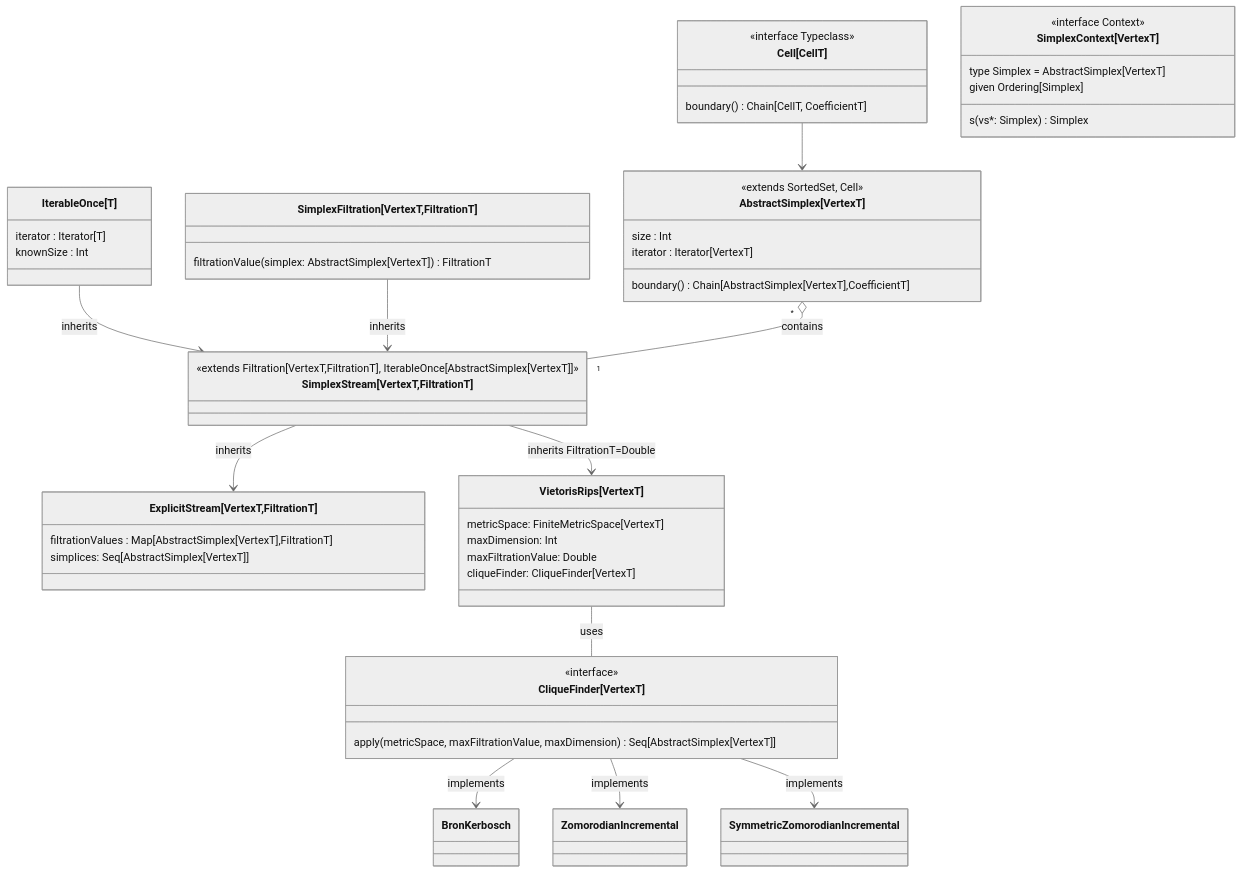
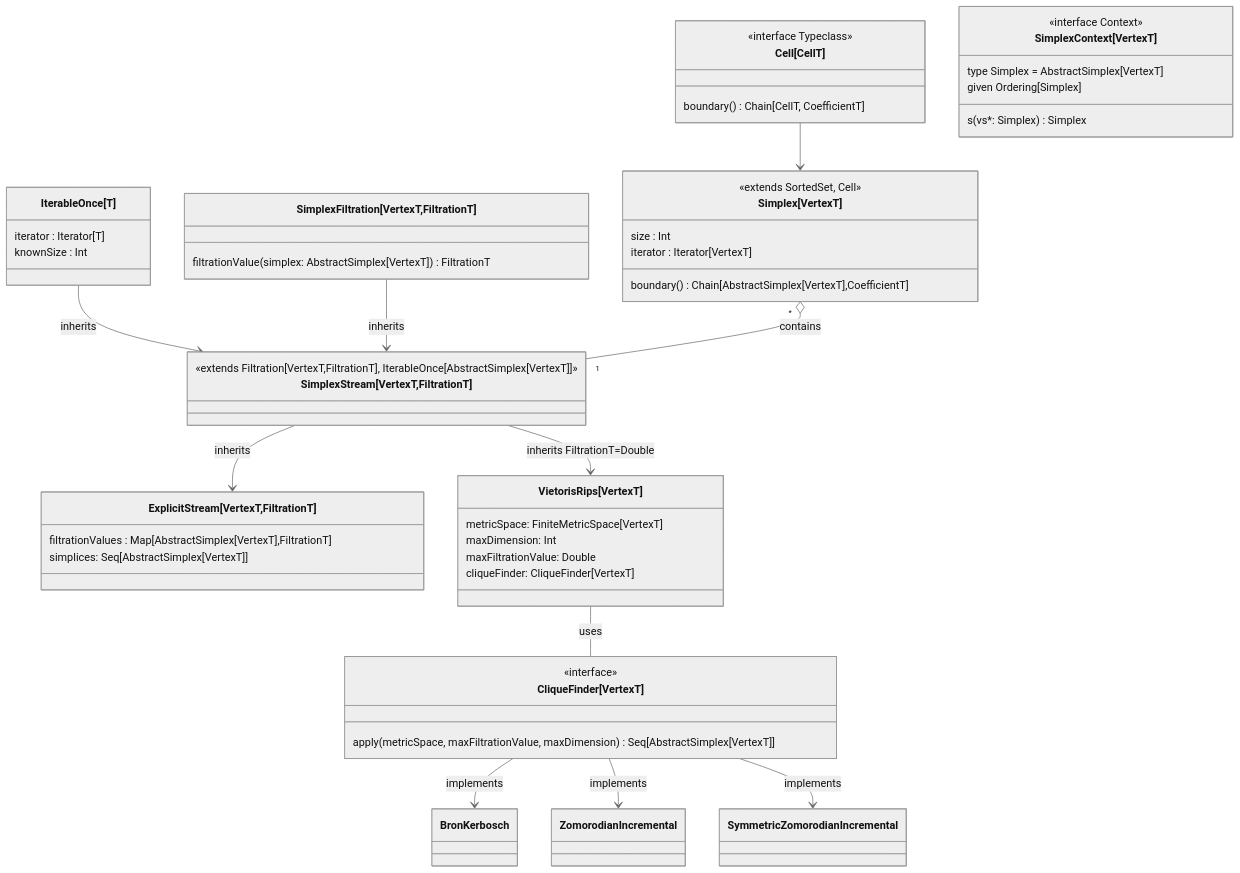
Before and after one commit to appliedtopology/tda4j: the second of 2 diagrams in src/main/paradox/developers-guide/class-diagrams.md, drawn with Mermaid (neutral theme). The commit also changed other lines of this file and 18 other files, not shown here.

````diff
--- a/src/main/paradox/developers-guide/class-diagrams.md
+++ b/src/main/paradox/developers-guide/class-diagrams.md
@@ -55,54 +55,54 @@
 ```mermaid
 classDiagram
-    `Cell[CellT]` --> `AbstractSimplex[VertexT]`
+    `Cell[CellT]` --> `Simplex[VertexT]`
     class `Cell[CellT]` {
 <<interface Typeclass>>
 boundary() Chain[CellT, CoefficientT]
 }
-class `AbstractSimplex[VertexT]` {
+class `Simplex[VertexT]` {
 <<extends SortedSet, Cell>>
 size : Int
 iterator : Iterator[VertexT]
 boundary() Chain[AbstractSimplex[VertexT],CoefficientT]
 }
 class `SimplexContext[VertexT]` {
 <<interface Context>>
 type Simplex = AbstractSimplex[VertexT]
 given Ordering[Simplex]
 s(vs*: Simplex) Simplex
 }
 class `IterableOnce[T]` {
 iterator : Iterator[T]
 knownSize : Int
 }
 class `SimplexFiltration[VertexT,FiltrationT]` {
 filtrationValue(simplex: AbstractSimplex[VertexT]) FiltrationT
 }
 class `SimplexStream[VertexT,FiltrationT]` {
 <<extends Filtration[VertexT,FiltrationT], IterableOnce[AbstractSimplex[VertexT]]>>
 }
 `IterableOnce[T]` --> `SimplexStream[VertexT,FiltrationT]` : inherits
 `SimplexFiltration[VertexT,FiltrationT]` --> `SimplexStream[VertexT,FiltrationT]` : inherits
-`AbstractSimplex[VertexT]` "*" o-- "1" `SimplexStream[VertexT,FiltrationT]` : contains
+`Simplex[VertexT]` "*" o-- "1" `SimplexStream[VertexT,FiltrationT]` : contains
 
 class `ExplicitStream[VertexT,FiltrationT]` {
 filtrationValues : Map[AbstractSimplex[VertexT],FiltrationT]
 simplices: Seq[AbstractSimplex[VertexT]]
 }
 class `VietorisRips[VertexT]` {
 metricSpace: FiniteMetricSpace[VertexT]
 maxDimension: Int
 maxFiltrationValue: Double
 cliqueFinder: CliqueFinder[VertexT]
 }
 `SimplexStream[VertexT,FiltrationT]` --> `ExplicitStream[VertexT,FiltrationT]`: inherits
 `SimplexStream[VertexT,FiltrationT]` --> `VietorisRips[VertexT]`: inherits FiltrationT=Double
 `VietorisRips[VertexT]` -- `CliqueFinder[VertexT]` : uses
 class `CliqueFinder[VertexT]` {
 <<interface>>
 apply(metricSpace, maxFiltrationValue, maxDimension) Seq[AbstractSimplex[VertexT]]
     }
 `CliqueFinder[VertexT]` --> BronKerbosch : implements
 `CliqueFinder[VertexT]` --> ZomorodianIncremental : implements
 `CliqueFinder[VertexT]` --> SymmetricZomorodianIncremental : implements
 ```
````
